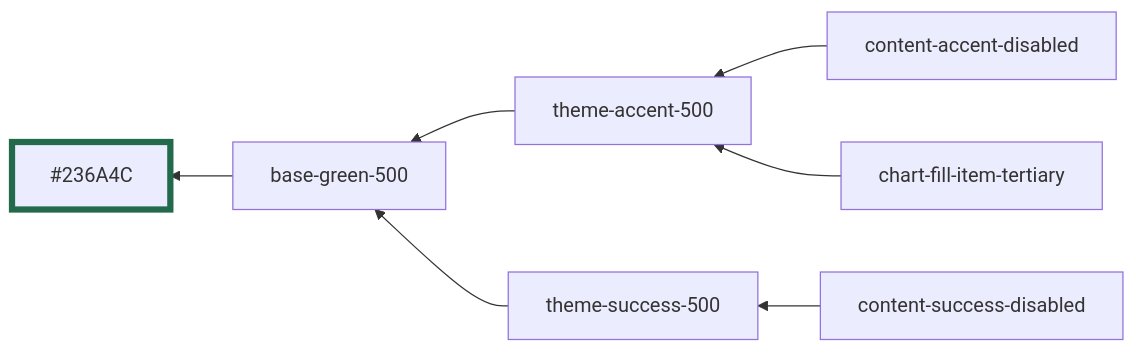
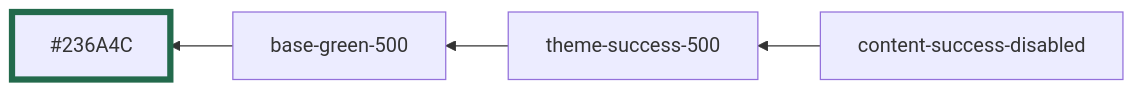
Before and after one commit to oxidecomputer/design-system: the fifth of 51 diagrams in styles/dist/red.md, drawn with Mermaid. The commit also changed other lines of this file and 2 other files, not shown here.

Commit message:
Fix red theme

````diff
--- a/styles/dist/red.md
+++ b/styles/dist/red.md
@@ -59,11 +50,8 @@
 ```mermaid
 graph RL
   base-green-500 --> #236A4C:::base-green-500
-  content-accent-disabled --> theme-accent-500
   content-success-disabled --> theme-success-500
-  chart-fill-item-tertiary --> theme-accent-500
-  theme-accent-500 --> base-green-500
   theme-success-500 --> base-green-500
 
 	classDef base-green-500 stroke-width:5,stroke:#236A4C
 ```
````
